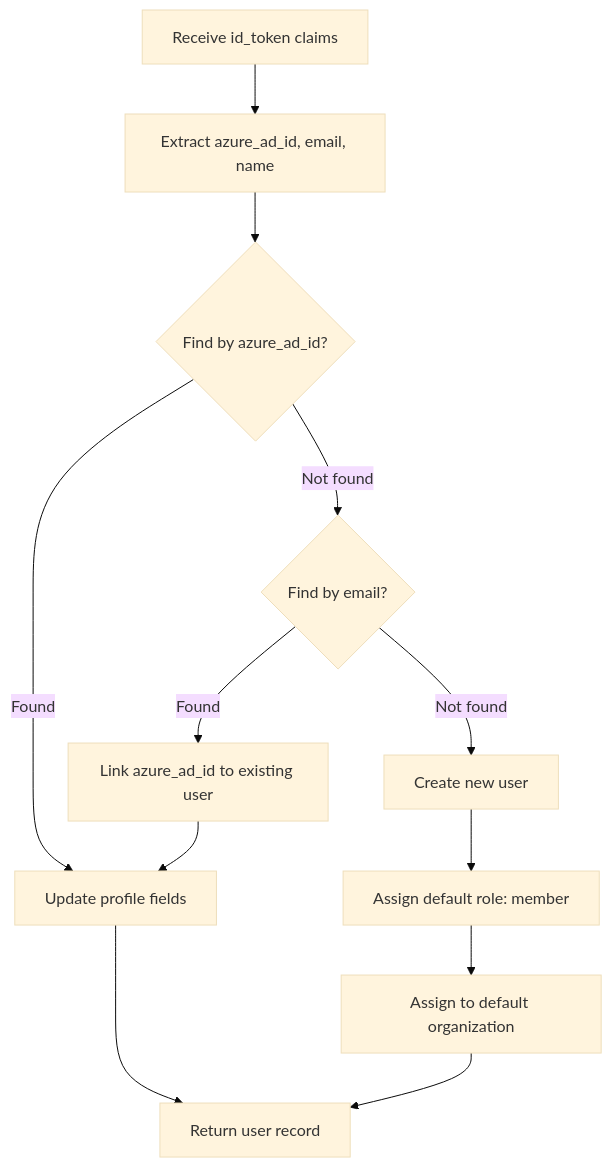
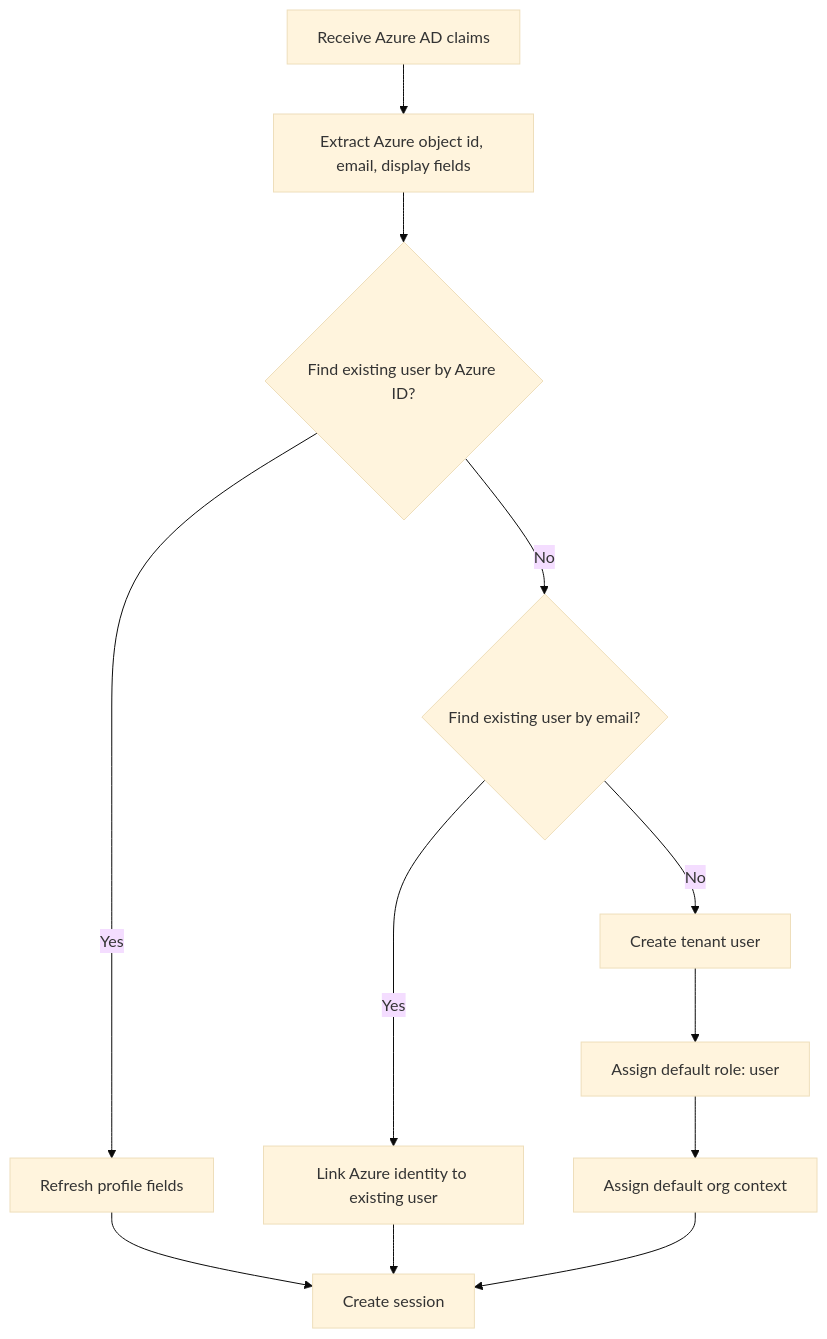
One commit to b-knowledge-solution/b-knowledge changed the second of 3 diagrams in docs/detail-design/auth/azure-ad-flow.md. Above: the diagram before and after it, drawn with Mermaid (base theme). The commit also changed other lines of this file and 391 other files, not shown here.

````diff
--- a/docs/detail-design/auth/azure-ad-flow.md
+++ b/docs/detail-design/auth/azure-ad-flow.md
@@ -70,14 +43,14 @@
 ```mermaid
 flowchart TD
-    A[Receive id_token claims] --> B[Extract azure_ad_id, email, name]
-    B --> C{Find by azure_ad_id?}
-    C -->|Found| D[Update profile fields]
-    C -->|Not found| E{Find by email?}
-    E -->|Found| F[Link azure_ad_id to existing user]
-    E -->|Not found| G[Create new user]
-    F --> D
-    G --> H[Assign default role: member]
-    H --> I[Assign to default organization]
-    D --> J[Return user record]
+    A[Receive Azure AD claims] --> B[Extract Azure object id, email, display fields]
+    B --> C{Find existing user by Azure ID?}
+    C -->|Yes| D[Refresh profile fields]
+    C -->|No| E{Find existing user by email?}
+    E -->|Yes| F[Link Azure identity to existing user]
+    E -->|No| G[Create tenant user]
+    G --> H[Assign default role: user]
+    H --> I[Assign default org context]
+    D --> J[Create session]
+    F --> J
     I --> J
 ```
````
